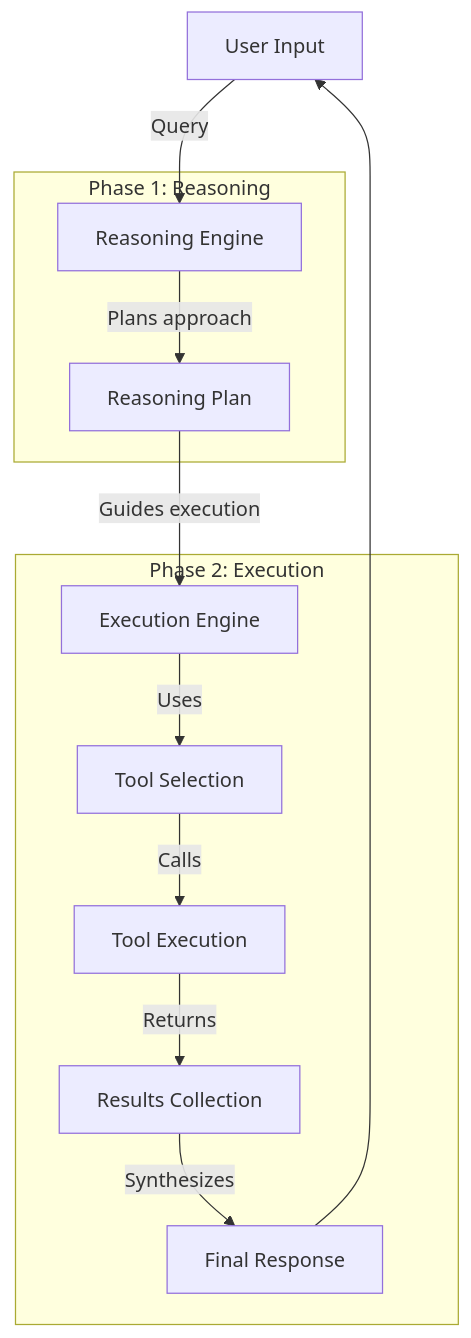
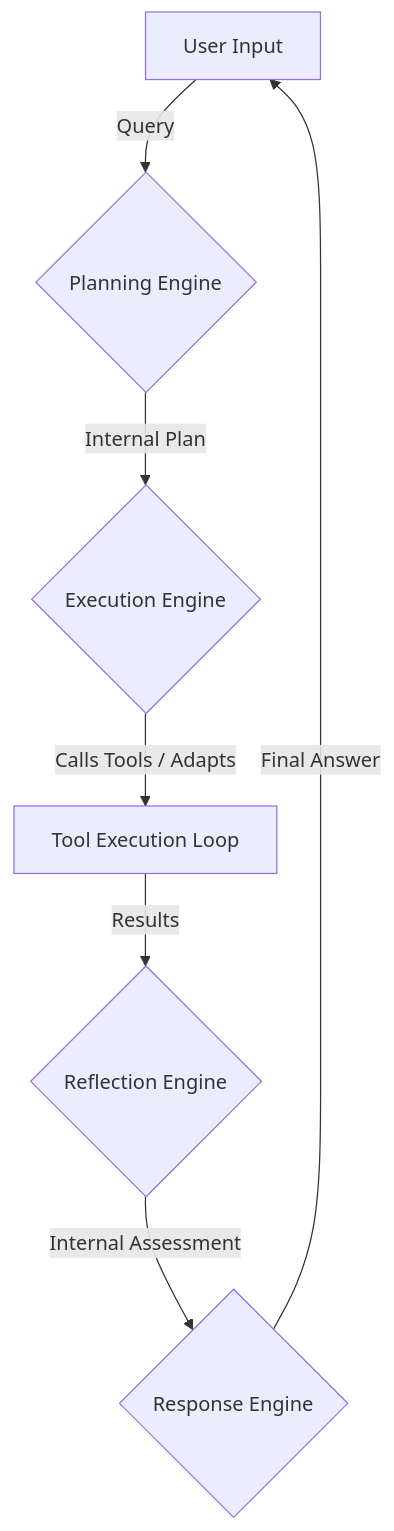
Before and after one commit to DragonL57/gem-assist-linux: the first of 3 diagrams in README.md, drawn with Mermaid. The commit also changed other lines of this file and 8 other files, not shown here.

Commit message:
Added new reflection phase, improve agentic capability

````diff
--- a/README.md
+++ b/README.md
@@ -45,19 +47,9 @@
 ```mermaid
 flowchart TD
-    User[User Input] --> |Query| ReasoningPhase
-    
-    subgraph "Phase 1: Reasoning"
-        ReasoningPhase[Reasoning Engine] --> |Plans approach| ReasoningPlan[Reasoning Plan]
-    end
-    
-    ReasoningPlan --> |Guides execution| ExecutionPhase
-    
-    subgraph "Phase 2: Execution"
-        ExecutionPhase[Execution Engine] --> |Uses| ToolSelection[Tool Selection]
-        ToolSelection --> |Calls| ToolExecution[Tool Execution]
-        ToolExecution --> |Returns| ToolResults[Results Collection]
-        ToolResults --> |Synthesizes| FinalResponse[Final Response]
-    end
-    
-    FinalResponse --> User
+    User[User Input] --> |Query| PlanningPhase{Planning Engine}
+    PlanningPhase --> |Internal Plan| ExecutionPhase{Execution Engine}
+    ExecutionPhase --> |Calls Tools / Adapts| ToolExecution[Tool Execution Loop]
+    ToolExecution --> |Results| ReflectionPhase{Reflection Engine}
+    ReflectionPhase --> |Internal Assessment| ResponseGeneration{Response Engine}
+    ResponseGeneration --> |Final Answer| User
 ```
````
